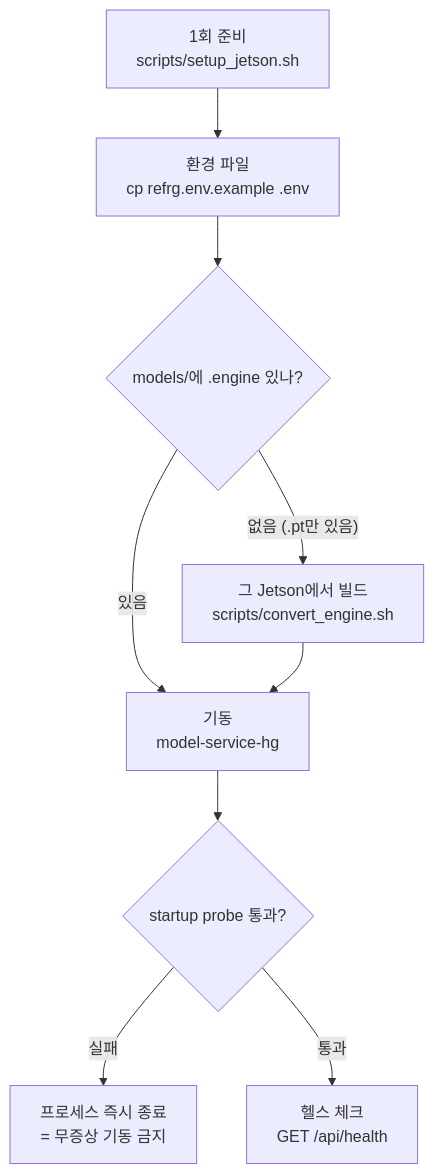
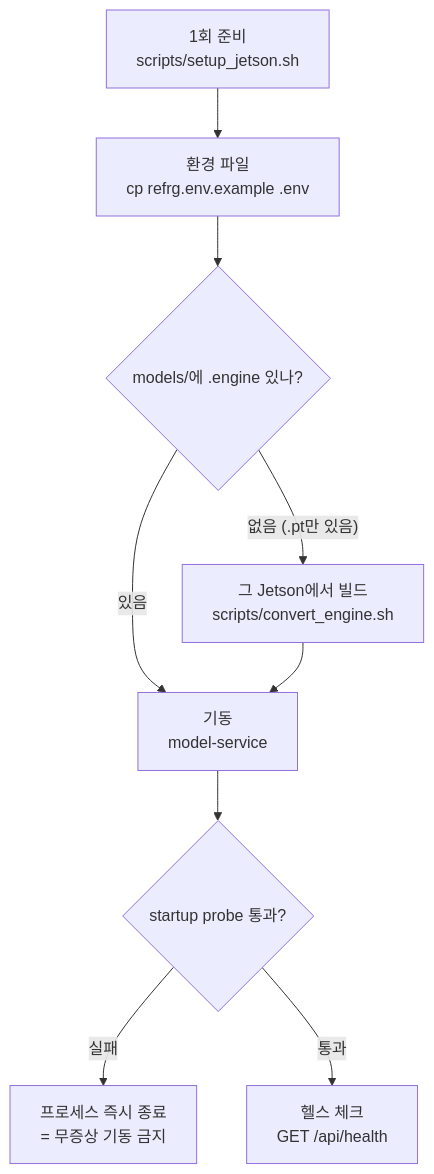
Before and after one commit to CHAI-Student/CRK-model-HG: the first of 2 diagrams in docs/05-operations.md, drawn with Mermaid. The commit also changed other lines of this file and 11 other files, not shown here.

First line of the commit message:
Rename the console script from model-service-hg to model-service

````diff
--- a/docs/05-operations.md
+++ b/docs/05-operations.md
@@ -17,11 +17,11 @@
 ```mermaid
 flowchart TD
     A["1회 준비<br/>scripts/setup_jetson.sh"] --> B["환경 파일<br/>cp refrg.env.example .env"]
     B --> C{"models/에 .engine 있나?"}
     C -- "없음 (.pt만 있음)" --> D["그 Jetson에서 빌드<br/>scripts/convert_engine.sh"]
     C -- "있음" --> E
-    D --> E["기동<br/>model-service-hg"]
+    D --> E["기동<br/>model-service"]
     E --> F{"startup probe 통과?"}
     F -- "실패" --> G["프로세스 즉시 종료<br/>= 무증상 기동 금지"]
     F -- "통과" --> H["헬스 체크<br/>GET /api/health"]
 ```
````
